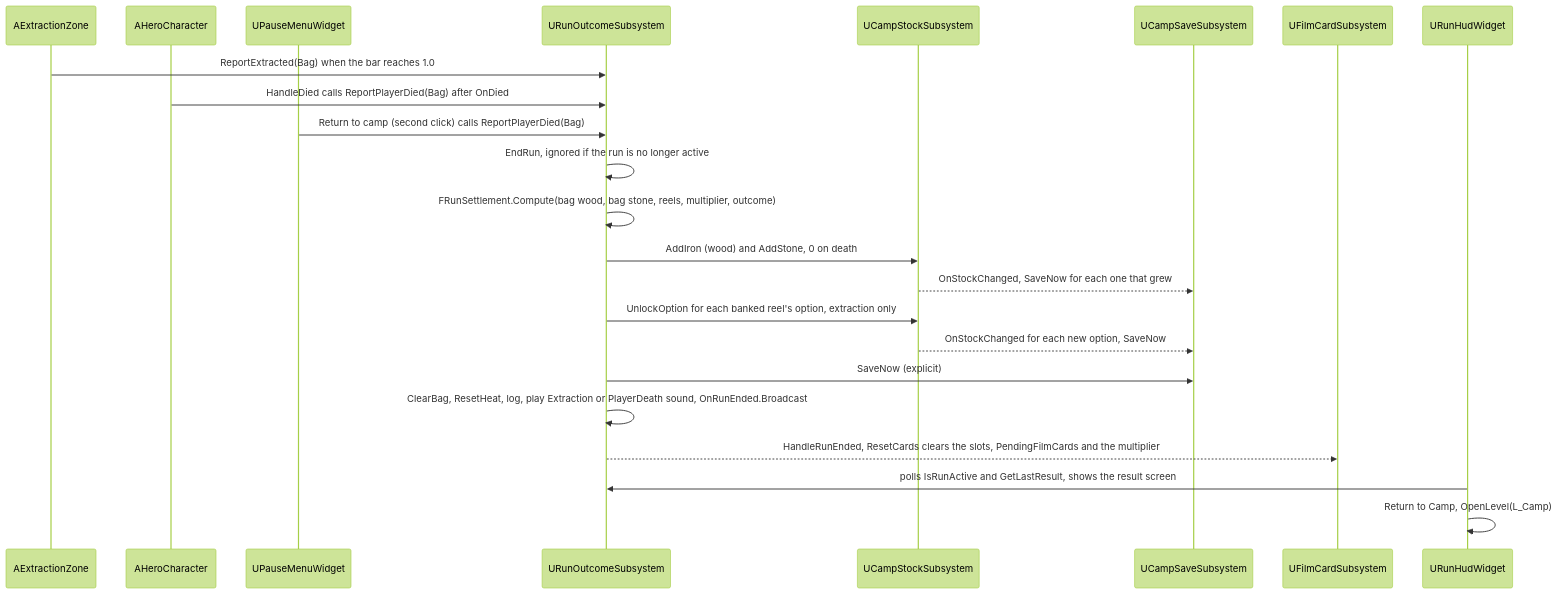
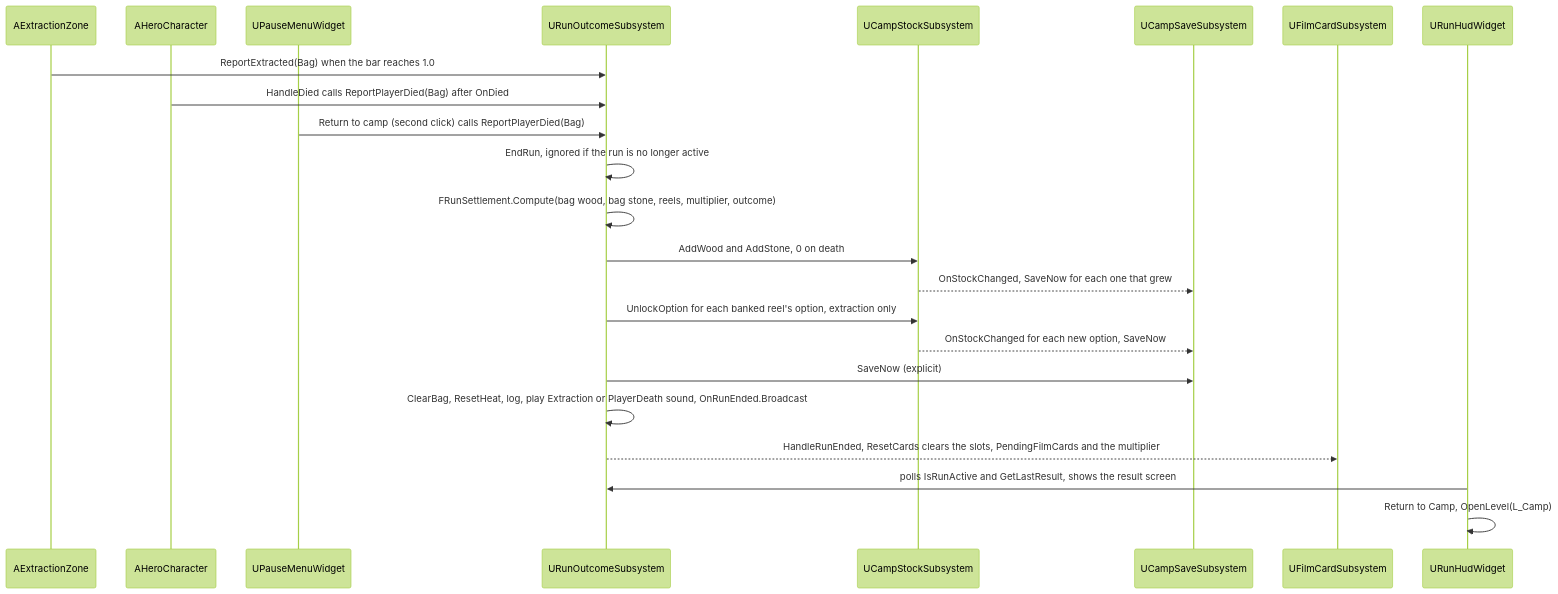
Before and after one commit to Huangyu-Shen/2026-epic-gamejam: the fourth of 6 diagrams in docs/wiki/architecture.md, drawn with Mermaid (forest theme). The commit also changed other lines of this file and 22 other files, not shown here.

````diff
--- a/docs/wiki/architecture.md
+++ b/docs/wiki/architecture.md
@@ -233,25 +234,25 @@
 ```mermaid
 sequenceDiagram
   participant Z as AExtractionZone
   participant H as AHeroCharacter
   participant PM as UPauseMenuWidget
   participant R as URunOutcomeSubsystem
   participant S as UCampStockSubsystem
   participant V as UCampSaveSubsystem
   participant F as UFilmCardSubsystem
   participant HUD as URunHudWidget
   Z->>R: ReportExtracted(Bag) when the bar reaches 1.0
   H->>R: HandleDied calls ReportPlayerDied(Bag) after OnDied
   PM->>R: Return to camp (second click) calls ReportPlayerDied(Bag)
   R->>R: EndRun, ignored if the run is no longer active
   R->>R: FRunSettlement.Compute(bag wood, bag stone, reels, multiplier, outcome)
-  R->>S: AddIron (wood) and AddStone, 0 on death
+  R->>S: AddWood and AddStone, 0 on death
   S-->>V: OnStockChanged, SaveNow for each one that grew
   R->>S: UnlockOption for each banked reel's option, extraction only
   S-->>V: OnStockChanged for each new option, SaveNow
   R->>V: SaveNow (explicit)
   R->>R: ClearBag, ResetHeat, log, play Extraction or PlayerDeath sound, OnRunEnded.Broadcast
   R-->>F: HandleRunEnded, ResetCards clears the slots, PendingFilmCards and the multiplier
   HUD->>R: polls IsRunActive and GetLastResult, shows the result screen
   HUD->>HUD: Return to Camp, OpenLevel(L_Camp)
 ```
````
